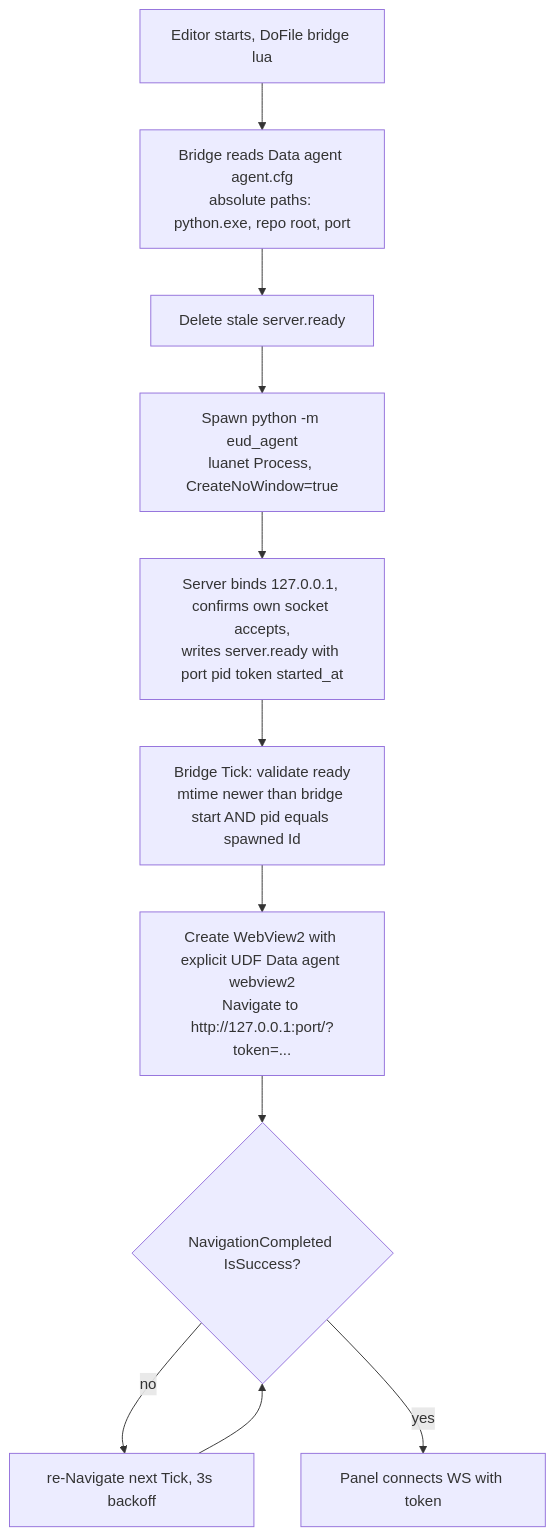
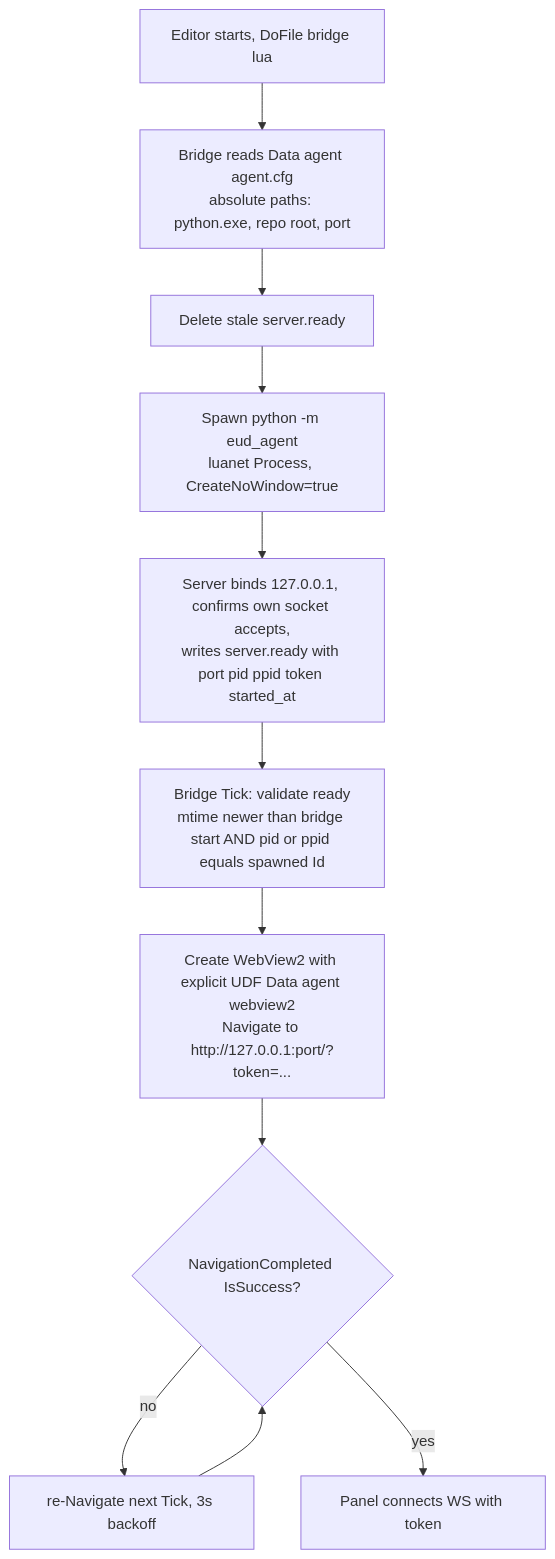
The third of 3 diagrams in hivemind/docs/architecture.md (raravel/eud-agent), drawn with Mermaid before and after one commit. The commit also changed other lines of this file and 10 other files, not shown here.

Commit message:
task: EUD-037-897c server.ready ownership accepts venv launcher parent pid (ppid)

````diff
--- a/hivemind/docs/architecture.md
+++ b/hivemind/docs/architecture.md
@@ -60,12 +60,12 @@
 ```mermaid
 flowchart TD
     A[Editor starts, DoFile bridge lua] --> B[Bridge reads Data agent agent.cfg<br/>absolute paths: python.exe, repo root, port]
     B --> C[Delete stale server.ready]
     C --> D[Spawn python -m eud_agent<br/>luanet Process, CreateNoWindow=true]
-    D --> E[Server binds 127.0.0.1, confirms own socket accepts,<br/>writes server.ready with port pid token started_at]
-    E --> F[Bridge Tick: validate ready<br/>mtime newer than bridge start AND pid equals spawned Id]
+    D --> E[Server binds 127.0.0.1, confirms own socket accepts,<br/>writes server.ready with port pid ppid token started_at]
+    E --> F[Bridge Tick: validate ready<br/>mtime newer than bridge start AND pid or ppid equals spawned Id]
     F --> G[Create WebView2 with explicit UDF Data agent webview2<br/>Navigate to http://127.0.0.1:port/?token=...]
     G --> H{NavigationCompleted IsSuccess?}
     H -- no --> G2[re-Navigate next Tick, 3s backoff] --> H
     H -- yes --> I[Panel connects WS with token]
 ```
````
